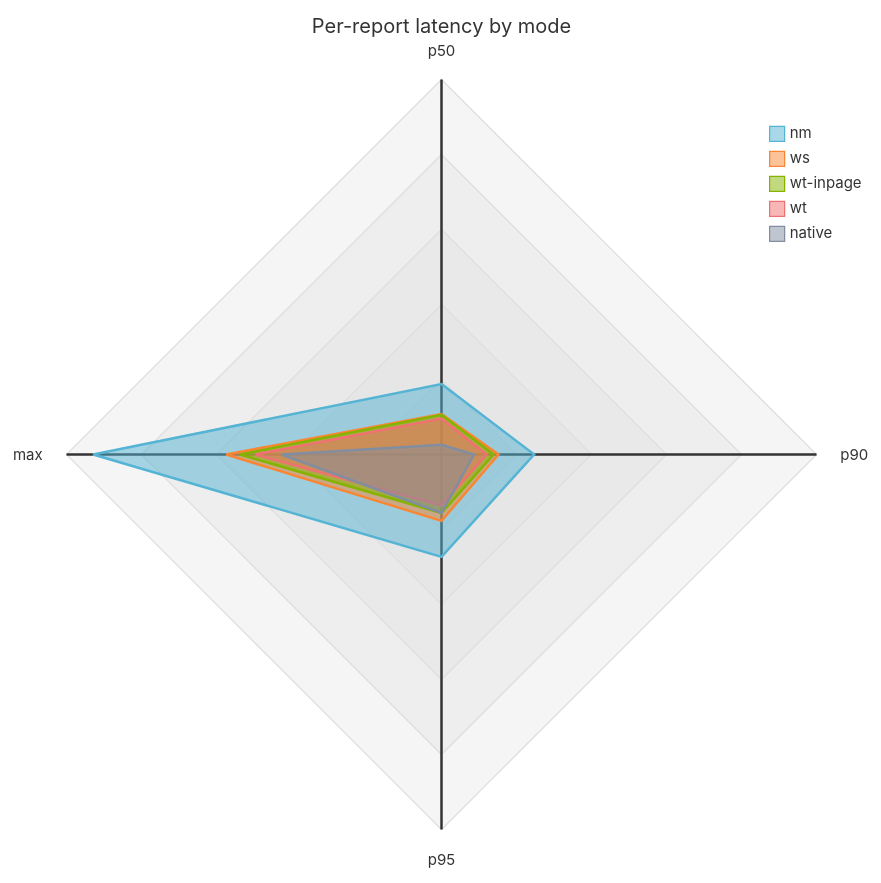
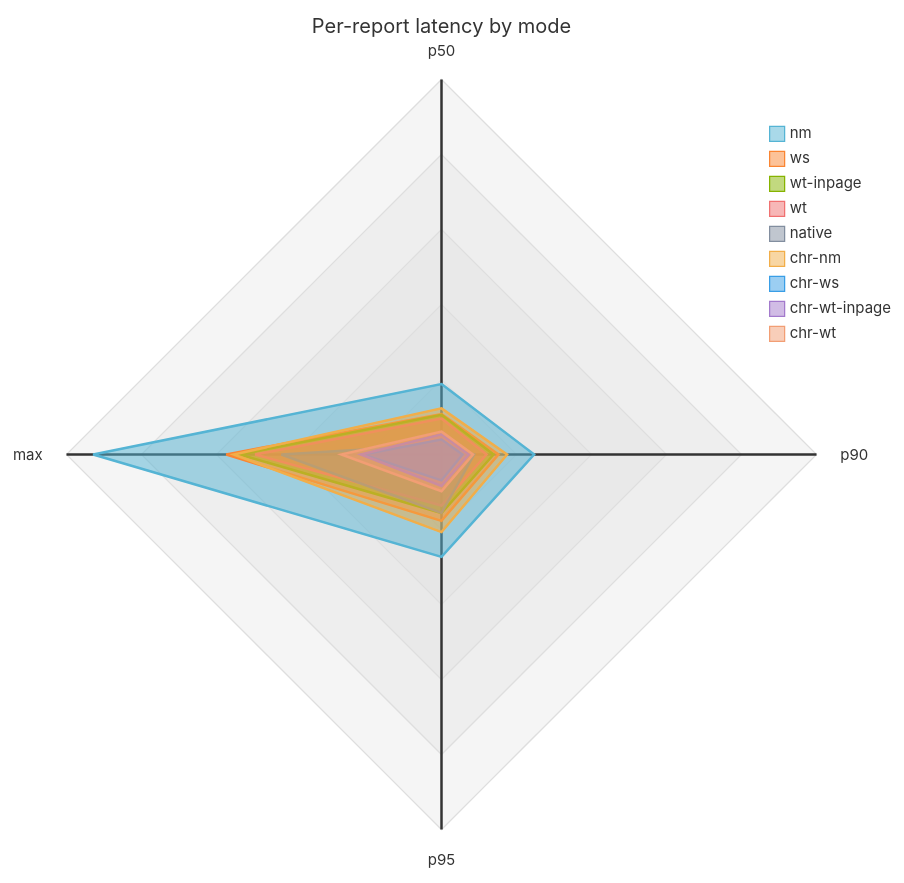
One commit to K4zoku/FF-WebHID changed the fifth of 6 diagrams in docs/BENCHMARK.md. Above: the diagram before and after it, drawn with Mermaid. The commit also changed other lines of this file and 4 other files, not shown here.

Commit message:
docs: merge chr benchmark series into shared charts

````diff
--- a/docs/BENCHMARK.md
+++ b/docs/BENCHMARK.md
@@ -207,22 +219,30 @@
 ```mermaid
 ---
 config:
   themeVariables:
     cScale0: '#55b4d4'
     cScale1: '#fa8532'
     cScale2: '#86b300'
     cScale3: '#f07171'
     cScale4: '#828e9f'
+    cScale5: '#f2ae49'
+    cScale6: '#399ee6'
+    cScale7: '#a37acc'
+    cScale8: '#f29e74'
 ---
 radar-beta
   title Per-report latency by mode
   axis p50["p50"], p90["p90"], p95["p95"], mx["max"]
   curve nm["nm"]{1.88, 2.47, 2.73, 9.29}
   curve ws["ws"]{1.08, 1.52, 1.77, 5.74}
   curve wtip["wt-inpage"]{1.06, 1.39, 1.56, 5.38}
   curve wt["wt"]{0.96, 1.20, 1.36, 4.97}
   curve nat["native"]{0.26, 0.87, 1.56, 4.27}
+  curve chrnm["chr-nm"]{1.23, 1.75, 2.07, 5.54}
+  curve chrws["chr-ws"]{0.40, 0.56, 0.69, 2.09}
+  curve chrwti["chr-wt-inpage"]{0.54, 0.73, 0.84, 2.15}
+  curve chrwt["chr-wt"]{0.61, 0.84, 0.98, 2.67}
   graticule polygon
   max 10
   min 0
 ```
````
